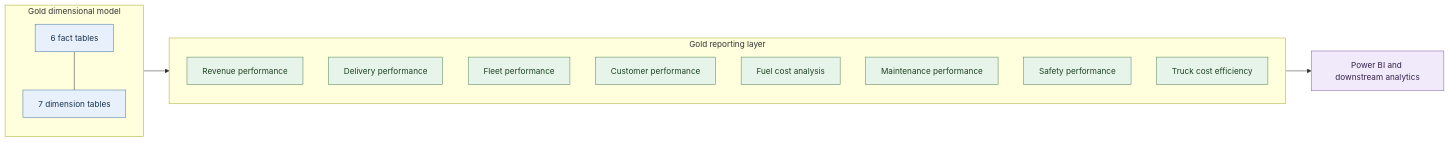
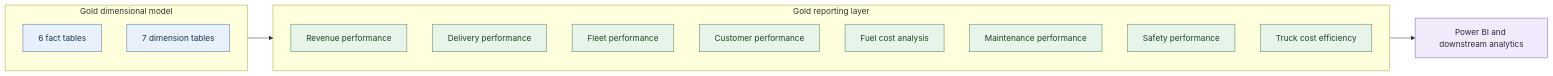
One commit to hamzaa-rehman/logistics-analytics-data-warehouse changed the diagram in docs/gold/gold_reporting_views.md. Above: the diagram before and after it, drawn with Mermaid.

Commit message:
Refine Gold reporting architecture diagram

````diff
--- a/docs/gold/gold_reporting_views.md
+++ b/docs/gold/gold_reporting_views.md
@@ -15,33 +15,32 @@
 ```mermaid
 flowchart LR
     subgraph GOLD["Gold dimensional model"]
         direction TB
         FACTS["6 fact tables"]
         DIMS["7 dimension tables"]
-        FACTS --- DIMS
     end
 
     subgraph REPORTING["Gold reporting layer"]
         direction TB
         V1["Revenue performance"]
         V2["Delivery performance"]
         V3["Fleet performance"]
         V4["Customer performance"]
         V5["Fuel cost analysis"]
         V6["Maintenance performance"]
         V7["Safety performance"]
         V8["Truck cost efficiency"]
     end
 
     CONSUMERS["Power BI and downstream analytics"]
 
     GOLD --> REPORTING
     REPORTING --> CONSUMERS
 
     classDef model fill:#e8f1fb,stroke:#4779a8,color:#17324d
     classDef reporting fill:#e7f4e9,stroke:#54865b,color:#1f4325
     classDef consumer fill:#f1eafa,stroke:#8064a2,color:#35234a
     class FACTS,DIMS model
     class V1,V2,V3,V4,V5,V6,V7,V8 reporting
     class CONSUMERS consumer
 ```
````
